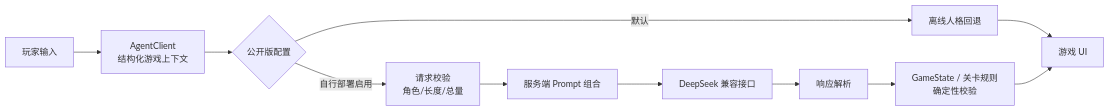
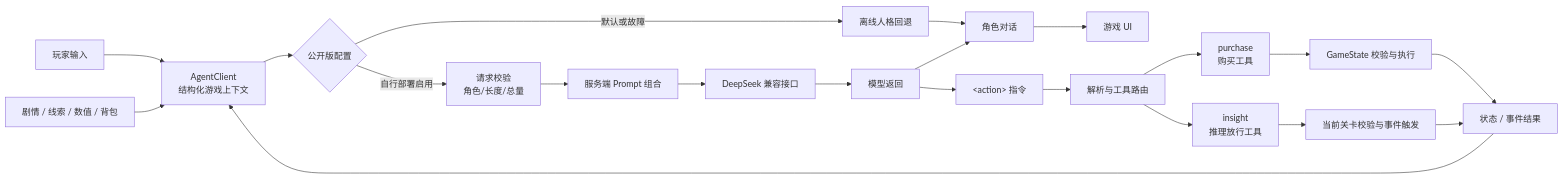
Before and after one commit to madebyyouyou/wanxiangguixu-agent-game: the diagram in README.md, drawn with Mermaid. The commit also changed other lines of this file and 2 other files, not shown here.

````diff
--- a/README.md
+++ b/README.md
@@ -21,13 +25,23 @@
 ```mermaid
 flowchart LR
   U["玩家输入"] --> C["AgentClient<br/>结构化游戏上下文"]
+  S["剧情 / 线索 / 数值 / 背包"] --> C
   C --> O{"公开版配置"}
-  O -->|默认| F["离线人格回退"]
+  O -->|默认或故障| F["离线人格回退"]
   O -->|自行部署启用| V["请求校验<br/>角色/长度/总量"]
   V --> P["服务端 Prompt 组合"]
   P --> M["DeepSeek 兼容接口"]
-  M --> R["响应解析"]
-  R --> G["GameState / 关卡规则<br/>确定性校验"]
-  F --> UI["游戏 UI"]
-  G --> UI
+  M --> R["模型返回"]
+  F --> D["角色对话"]
+  R --> D
+  D --> UI["游戏 UI"]
+  R --> A["&lt;action&gt; 指令"]
+  A --> X["解析与工具路由"]
+  X --> PU["purchase<br/>购买工具"]
+  X --> IN["insight<br/>推理放行工具"]
+  PU --> G["GameState 校验与执行"]
+  IN --> K["当前关卡校验与事件触发"]
+  G --> B["状态 / 事件结果"]
+  K --> B
+  B --> C
 ```
````
